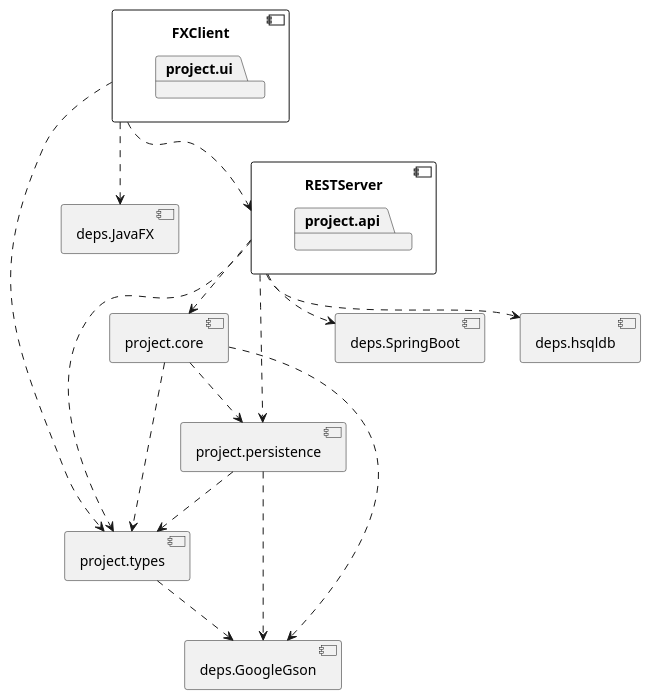
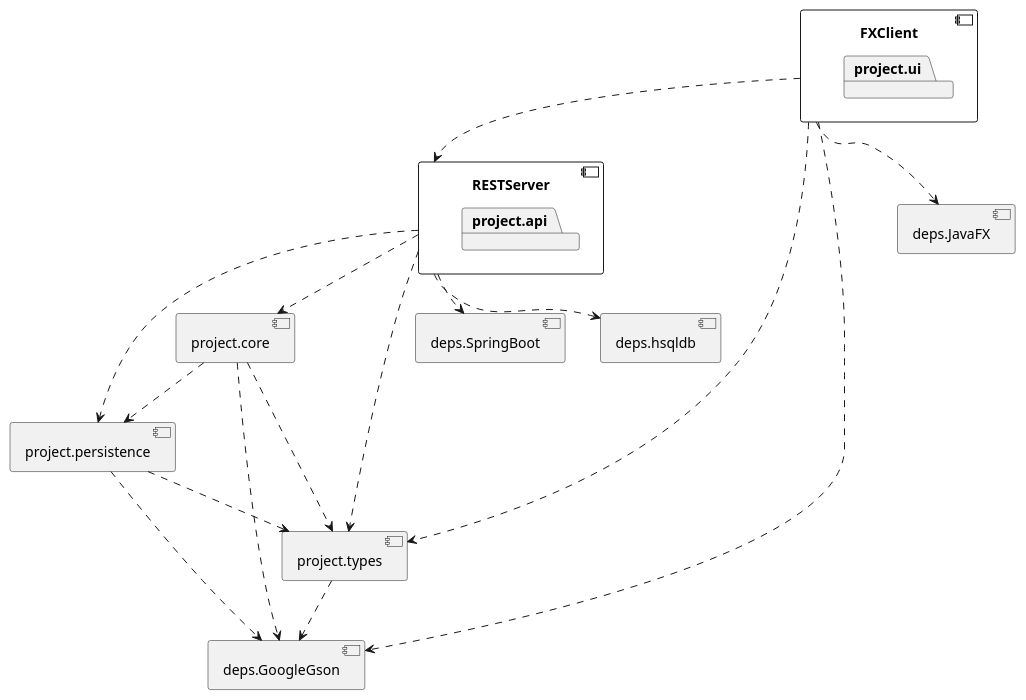
The diagram in docs/release3/package.puml (Anders-Stubberud/IT1901), drawn with PlantUML before and after one commit. The commit also changed 1 other file, not shown here.

Commit message:
update package diagram

```diff
--- a/docs/release3/package.puml
+++ b/docs/release3/package.puml
@@ -1,42 +1,43 @@
 @startuml
 
 component project.types
 component project.core
 component project.persistence
 
 component RESTServer {
     package project.api
 }
 
 
 component FXClient {
     package project.ui
 }
 
 component deps.SpringBoot
 component deps.hsqldb
 component deps.GoogleGson
 component deps.JavaFX
 
 project.types ..> deps.GoogleGson
 
 project.core ..> project.persistence
 project.core ..> project.types
 project.core ..> deps.GoogleGson
 
 project.persistence ..> project.types
 project.persistence ..> deps.GoogleGson
 
 FXClient ..> project.types
 FXClient ..> deps.JavaFX
 FXClient ..> RESTServer
+FXClient ..> deps.GoogleGson
 
 RESTServer ..> project.core
 RESTServer ..> project.persistence
 RESTServer ..> project.types
 RESTServer ..> deps.SpringBoot
 RESTServer ..> deps.hsqldb
 
 
 
 @enduml
```
